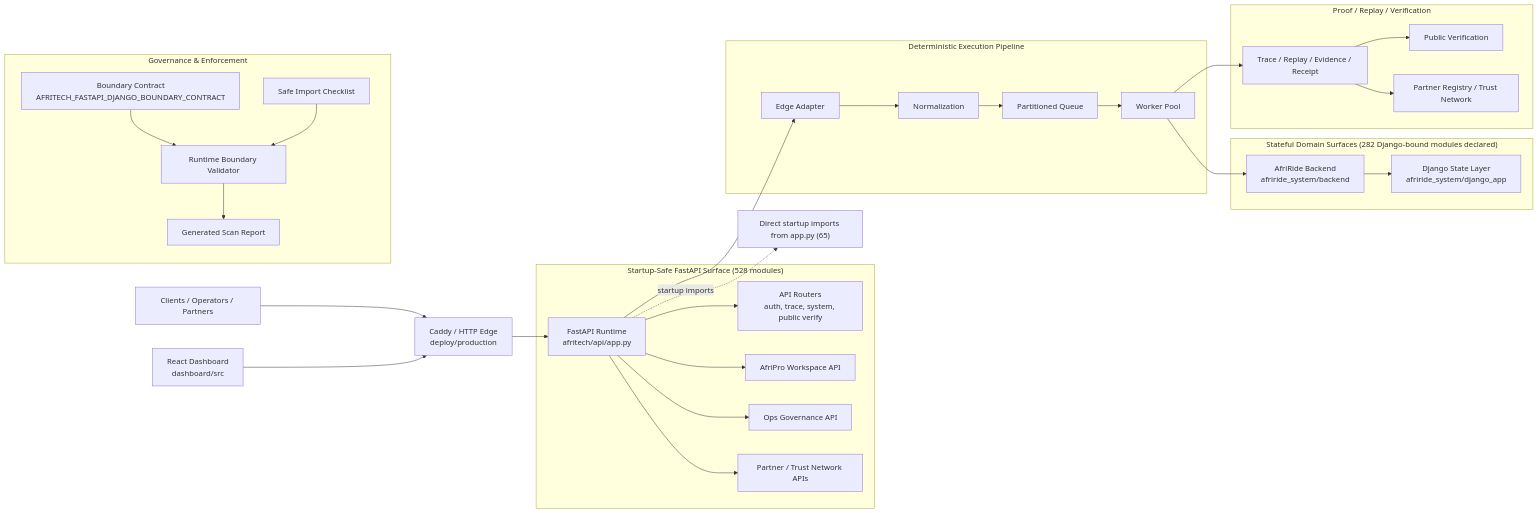
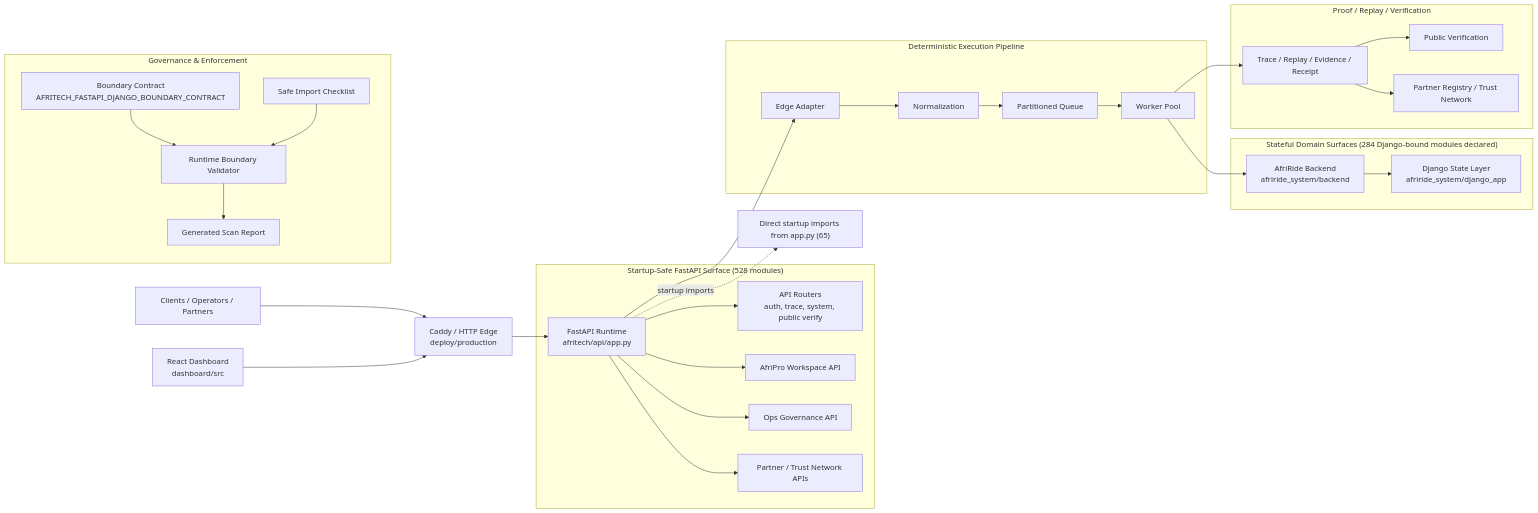
Before and after one commit to Strelly2023/afritelematics: the first of 2 diagrams in docs/architecture/AFRITECH_FULL_ARCHITECTURE_GRAPH.md, drawn with Mermaid. The commit also changed other lines of this file and 81 other files, not shown here.

````diff
--- a/docs/architecture/AFRITECH_FULL_ARCHITECTURE_GRAPH.md
+++ b/docs/architecture/AFRITECH_FULL_ARCHITECTURE_GRAPH.md
@@ -22,39 +22,39 @@
 ```mermaid
 flowchart LR
     Client["Clients / Operators / Partners"] --> Edge["Caddy / HTTP Edge\ndeploy/production"]
     Dashboard["React Dashboard\ndashboard/src"] --> Edge
     Edge --> App["FastAPI Runtime\nafritech/api/app.py"]
 
     subgraph FastAPI["Startup-Safe FastAPI Surface (528 modules)"]
         App --> Api["API Routers\nauth, trace, system, public verify"]
         App --> Workspace["AfriPro Workspace API"]
         App --> Governance["Ops Governance API"]
         App --> Trust["Partner / Trust Network APIs"]
     end
 
     subgraph Pipeline["Deterministic Execution Pipeline"]
         App --> Adapt["Edge Adapter"]
         Adapt --> Normalize["Normalization"]
         Normalize --> Queue["Partitioned Queue"]
         Queue --> Worker["Worker Pool"]
     end
 
-    subgraph State["Stateful Domain Surfaces (282 Django-bound modules declared)"]
+    subgraph State["Stateful Domain Surfaces (284 Django-bound modules declared)"]
         Worker --> Domain["AfriRide Backend\nafriride_system/backend"]
         Domain --> Django["Django State Layer\nafriride_system/django_app"]
     end
 
     subgraph Proof["Proof / Replay / Verification"]
         Worker --> Trace["Trace / Replay / Evidence / Receipt"]
         Trace --> Public["Public Verification"]
         Trace --> Registry["Partner Registry / Trust Network"]
     end
 
     subgraph GovernancePlane["Governance & Enforcement"]
         Contract["Boundary Contract\nAFRITECH_FASTAPI_DJANGO_BOUNDARY_CONTRACT"] --> Validator["Runtime Boundary Validator"]
         Checklist["Safe Import Checklist"] --> Validator
         Validator --> Review["Generated Scan Report"]
     end
 
     App -. startup imports .-> Imports["Direct startup imports from app.py (65)"]
 ```
````
